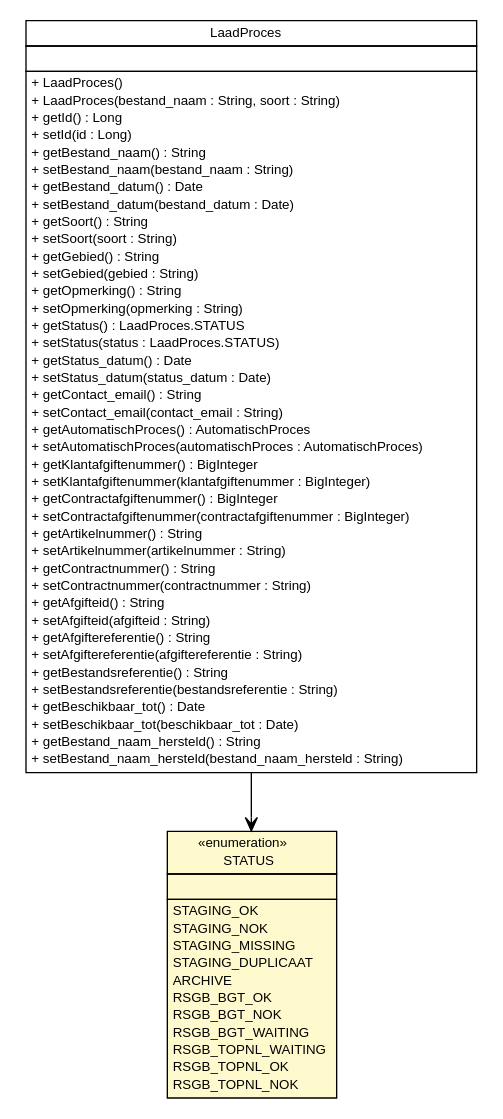
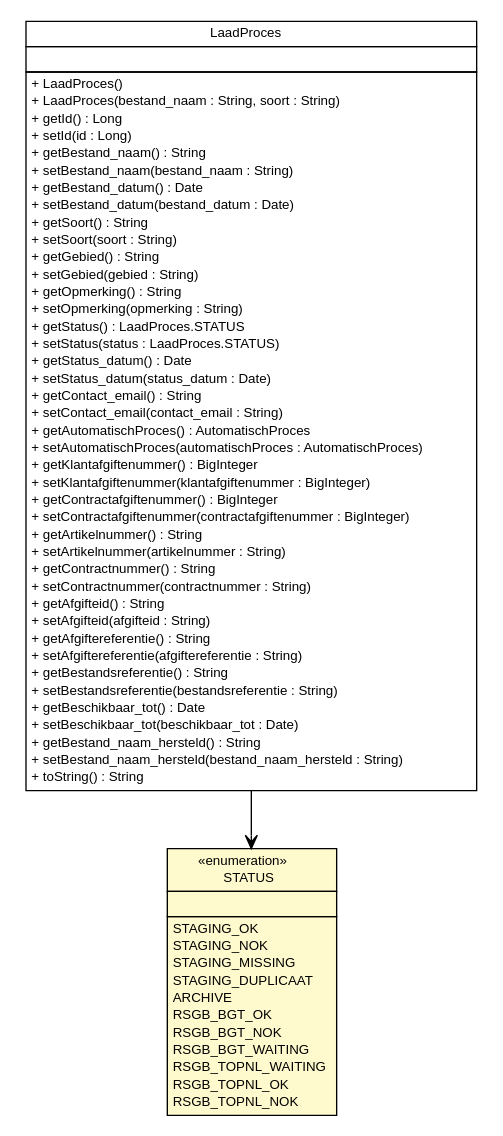
Before and after one commit to B3Partners/brmo: the diagram in brmo-persistence/apidocs/nl/b3p/brmo/persistence/staging/LaadProces.STATUS.dot, drawn with Graphviz. The commit also changed 15596 other files, not shown here.

```diff
--- a/brmo-persistence/apidocs/nl/b3p/brmo/persistence/staging/LaadProces.STATUS.dot
+++ b/brmo-persistence/apidocs/nl/b3p/brmo/persistence/staging/LaadProces.STATUS.dot
@@ -1,88 +1,89 @@
 #!/usr/local/bin/dot
 #
 # Class diagram 
 # Generated by UMLGraph version R5_6-24-gf6e263 (http://www.umlgraph.org/)
 #
 
 digraph G {
 	edge [fontname="Helvetica",fontsize=10,labelfontname="Helvetica",labelfontsize=10];
 	node [fontname="Helvetica",fontsize=10,shape=plaintext];
 	nodesep=0.25;
 	ranksep=0.5;
 	// nl.b3p.brmo.persistence.staging.LaadProces
-	c574 [label=<<table title="nl.b3p.brmo.persistence.staging.LaadProces" border="0" cellborder="1" cellspacing="0" cellpadding="2" port="p" href="./LaadProces.html">
+	c606 [label=<<table title="nl.b3p.brmo.persistence.staging.LaadProces" border="0" cellborder="1" cellspacing="0" cellpadding="2" port="p" href="./LaadProces.html">
 		<tr><td><table border="0" cellspacing="0" cellpadding="1">
 <tr><td align="center" balign="center"> LaadProces </td></tr>
 		</table></td></tr>
 		<tr><td><table border="0" cellspacing="0" cellpadding="1">
 <tr><td align="left" balign="left">  </td></tr>
 		</table></td></tr>
 		<tr><td><table border="0" cellspacing="0" cellpadding="1">
 <tr><td align="left" balign="left"> + LaadProces() </td></tr>
 <tr><td align="left" balign="left"> + LaadProces(bestand_naam : String, soort : String) </td></tr>
 <tr><td align="left" balign="left"> + getId() : Long </td></tr>
 <tr><td align="left" balign="left"> + setId(id : Long) </td></tr>
 <tr><td align="left" balign="left"> + getBestand_naam() : String </td></tr>
 <tr><td align="left" balign="left"> + setBestand_naam(bestand_naam : String) </td></tr>
 <tr><td align="left" balign="left"> + getBestand_datum() : Date </td></tr>
 <tr><td align="left" balign="left"> + setBestand_datum(bestand_datum : Date) </td></tr>
 <tr><td align="left" balign="left"> + getSoort() : String </td></tr>
 <tr><td align="left" balign="left"> + setSoort(soort : String) </td></tr>
 <tr><td align="left" balign="left"> + getGebied() : String </td></tr>
 <tr><td align="left" balign="left"> + setGebied(gebied : String) </td></tr>
 <tr><td align="left" balign="left"> + getOpmerking() : String </td></tr>
 <tr><td align="left" balign="left"> + setOpmerking(opmerking : String) </td></tr>
 <tr><td align="left" balign="left"> + getStatus() : LaadProces.STATUS </td></tr>
 <tr><td align="left" balign="left"> + setStatus(status : LaadProces.STATUS) </td></tr>
 <tr><td align="left" balign="left"> + getStatus_datum() : Date </td></tr>
 <tr><td align="left" balign="left"> + setStatus_datum(status_datum : Date) </td></tr>
 <tr><td align="left" balign="left"> + getContact_email() : String </td></tr>
 <tr><td align="left" balign="left"> + setContact_email(contact_email : String) </td></tr>
 <tr><td align="left" balign="left"> + getAutomatischProces() : AutomatischProces </td></tr>
 <tr><td align="left" balign="left"> + setAutomatischProces(automatischProces : AutomatischProces) </td></tr>
 <tr><td align="left" balign="left"> + getKlantafgiftenummer() : BigInteger </td></tr>
 <tr><td align="left" balign="left"> + setKlantafgiftenummer(klantafgiftenummer : BigInteger) </td></tr>
 <tr><td align="left" balign="left"> + getContractafgiftenummer() : BigInteger </td></tr>
 <tr><td align="left" balign="left"> + setContractafgiftenummer(contractafgiftenummer : BigInteger) </td></tr>
 <tr><td align="left" balign="left"> + getArtikelnummer() : String </td></tr>
 <tr><td align="left" balign="left"> + setArtikelnummer(artikelnummer : String) </td></tr>
 <tr><td align="left" balign="left"> + getContractnummer() : String </td></tr>
 <tr><td align="left" balign="left"> + setContractnummer(contractnummer : String) </td></tr>
 <tr><td align="left" balign="left"> + getAfgifteid() : String </td></tr>
 <tr><td align="left" balign="left"> + setAfgifteid(afgifteid : String) </td></tr>
 <tr><td align="left" balign="left"> + getAfgiftereferentie() : String </td></tr>
 <tr><td align="left" balign="left"> + setAfgiftereferentie(afgiftereferentie : String) </td></tr>
 <tr><td align="left" balign="left"> + getBestandsreferentie() : String </td></tr>
 <tr><td align="left" balign="left"> + setBestandsreferentie(bestandsreferentie : String) </td></tr>
 <tr><td align="left" balign="left"> + getBeschikbaar_tot() : Date </td></tr>
 <tr><td align="left" balign="left"> + setBeschikbaar_tot(beschikbaar_tot : Date) </td></tr>
 <tr><td align="left" balign="left"> + getBestand_naam_hersteld() : String </td></tr>
 <tr><td align="left" balign="left"> + setBestand_naam_hersteld(bestand_naam_hersteld : String) </td></tr>
+<tr><td align="left" balign="left"> + toString() : String </td></tr>
 		</table></td></tr>
 		</table>>, URL="./LaadProces.html", fontname="Helvetica", fontcolor="black", fontsize=10.0];
 	// nl.b3p.brmo.persistence.staging.LaadProces.STATUS
-	c575 [label=<<table title="nl.b3p.brmo.persistence.staging.LaadProces.STATUS" border="0" cellborder="1" cellspacing="0" cellpadding="2" port="p" bgcolor="lemonChiffon" href="./LaadProces.STATUS.html">
+	c607 [label=<<table title="nl.b3p.brmo.persistence.staging.LaadProces.STATUS" border="0" cellborder="1" cellspacing="0" cellpadding="2" port="p" bgcolor="lemonChiffon" href="./LaadProces.STATUS.html">
 		<tr><td><table border="0" cellspacing="0" cellpadding="1">
 <tr><td align="center" balign="center"> &#171;enumeration&#187; </td></tr>
 <tr><td align="center" balign="center"> STATUS </td></tr>
 		</table></td></tr>
 		<tr><td><table border="0" cellspacing="0" cellpadding="1">
 <tr><td align="left" balign="left">  </td></tr>
 		</table></td></tr>
 		<tr><td><table border="0" cellspacing="0" cellpadding="1">
 <tr><td align="left" balign="left"> STAGING_OK </td></tr>
 <tr><td align="left" balign="left"> STAGING_NOK </td></tr>
 <tr><td align="left" balign="left"> STAGING_MISSING </td></tr>
 <tr><td align="left" balign="left"> STAGING_DUPLICAAT </td></tr>
 <tr><td align="left" balign="left"> ARCHIVE </td></tr>
 <tr><td align="left" balign="left"> RSGB_BGT_OK </td></tr>
 <tr><td align="left" balign="left"> RSGB_BGT_NOK </td></tr>
 <tr><td align="left" balign="left"> RSGB_BGT_WAITING </td></tr>
 <tr><td align="left" balign="left"> RSGB_TOPNL_WAITING </td></tr>
 <tr><td align="left" balign="left"> RSGB_TOPNL_OK </td></tr>
 <tr><td align="left" balign="left"> RSGB_TOPNL_NOK </td></tr>
 		</table></td></tr>
 		</table>>, URL="./LaadProces.STATUS.html", fontname="Helvetica", fontcolor="black", fontsize=10.0];
 	// nl.b3p.brmo.persistence.staging.LaadProces NAVASSOC nl.b3p.brmo.persistence.staging.LaadProces.STATUS
-	c574:p -> c575:p [taillabel="", label="", headlabel="", fontname="Helvetica", fontcolor="black", fontsize=10.0, color="black", arrowhead=open];
+	c606:p -> c607:p [taillabel="", label="", headlabel="", fontname="Helvetica", fontcolor="black", fontsize=10.0, color="black", arrowhead=open];
 }
```
